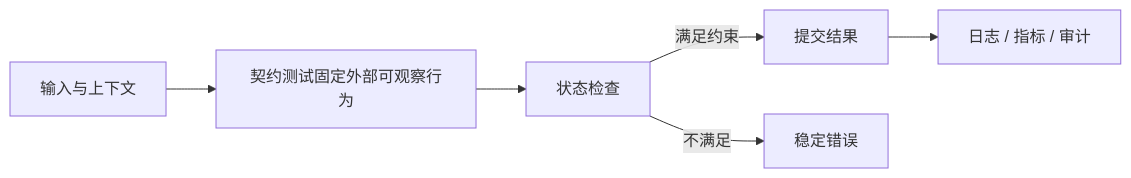
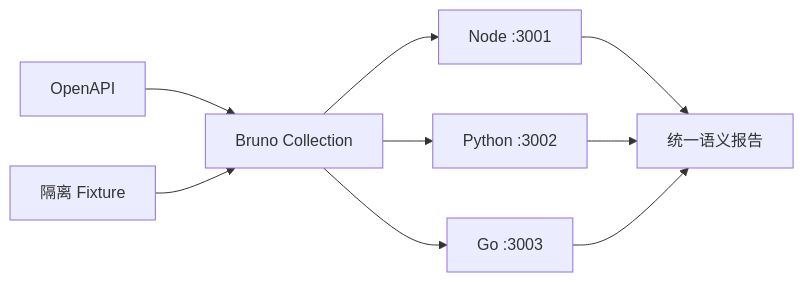
One commit to upJiang/jiang-blog-vitepress changed the diagram in docs/backend/openapi-bruno-api-security-test.md. Above: the diagram before and after it, drawn with Mermaid. The commit also changed other lines of this file and 341 other files, not shown here.

````diff
--- a/docs/backend/openapi-bruno-api-security-test.md
+++ b/docs/backend/openapi-bruno-api-security-test.md
@@ -34,8 +71,11 @@
 ```mermaid
 flowchart LR
-  A[输入与上下文] --> B[契约测试固定外部可观察行为]
-  B --> C[状态检查]
-  C -->|满足约束| D[提交结果]
-  C -->|不满足| E[稳定错误]
-  D --> F[日志 / 指标 / 审计]
+  SPEC[OpenAPI] --> RUN[Bruno Collection]
+  FIX[隔离 Fixture] --> RUN
+  RUN --> N[Node :3001]
+  RUN --> P[Python :3002]
+  RUN --> G[Go :3003]
+  N --> REPORT[统一语义报告]
+  P --> REPORT
+  G --> REPORT
 ```
````
